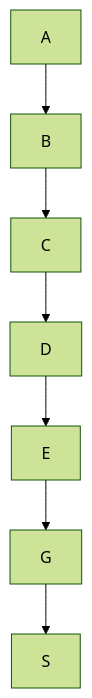
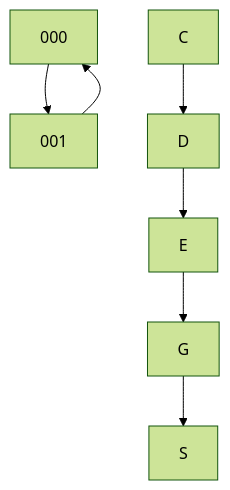
One commit to facumruiz/Plantilla_DigitalesPIC18 changed the diagram in README.md. Above: the diagram before and after it, drawn with Mermaid (forest theme).

````diff
--- a/README.md
+++ b/README.md
@@ -57,10 +57,10 @@
 ```mermaid
 graph TD;
-    A-->B;
-    B-->C;
+    000-->001;
+    001-->000;
     C-->D;
     D-->E;
     E-->G;
     G-->S;
     
 ```
````
